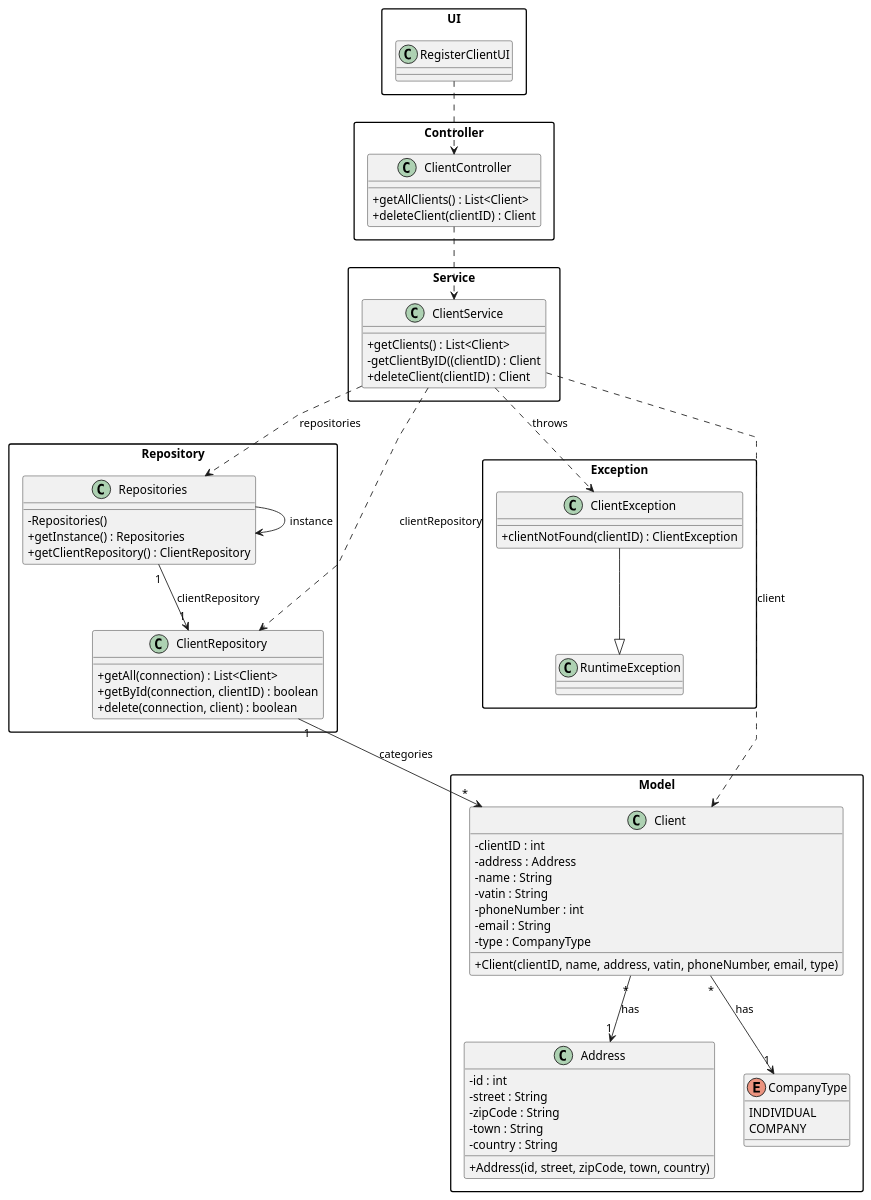
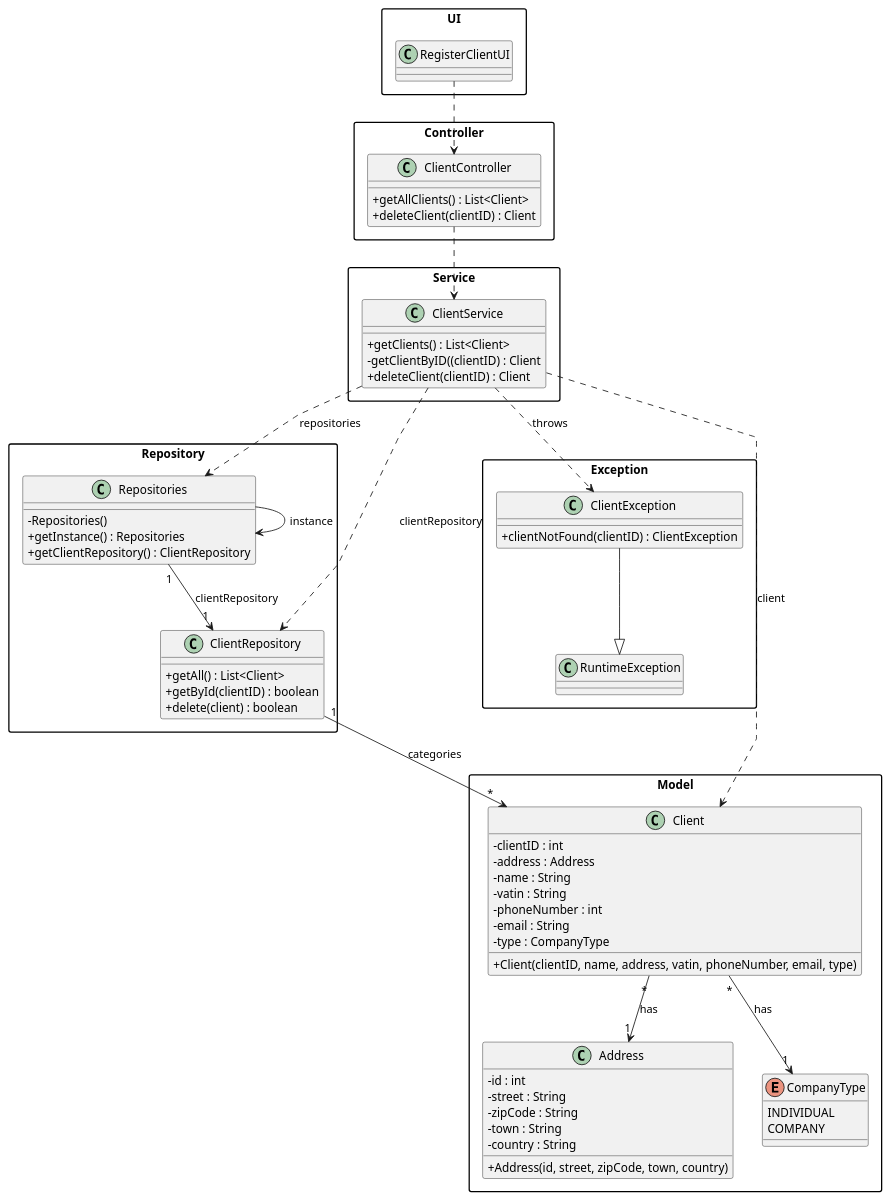
One commit to daniel41silva05/Production_Control_Industrial_ISEP changed the diagram in documentation/user-stories/us002/03.design/puml/us002-class-diagram.puml. Above: the diagram before and after it, drawn with PlantUML. The commit also changed 7 other files, not shown here.

```diff
--- a/documentation/user-stories/us002/03.design/puml/us002-class-diagram.puml
+++ b/documentation/user-stories/us002/03.design/puml/us002-class-diagram.puml
@@ -1,90 +1,90 @@
 @startuml
 skinparam packageStyle rectangle
 skinparam shadowing false
 skinparam linetype polyline
 skinparam classAttributeIconSize 0
 
 package "UI" {
     class RegisterClientUI {
     }
 }
 
 package "Controller" {
     class ClientController {
         +getAllClients() : List<Client>
         +deleteClient(clientID) : Client
     }
 }
 
 package "Service" {
     class ClientService {
         +getClients() : List<Client>
         -getClientByID((clientID) : Client
         +deleteClient(clientID) : Client
     }
 }
 
 package "Repository" {
     class Repositories {
         -Repositories()
         +getInstance() : Repositories
         +getClientRepository() : ClientRepository
     }
 
     class ClientRepository {
-        +getAll(connection) : List<Client>
-        +getById(connection, clientID) : boolean
-        +delete(connection, client) : boolean
+        +getAll() : List<Client>
+        +getById(clientID) : boolean
+        +delete(client) : boolean
     }
 }
 
 package "Model" {
     class Client {
         -clientID : int
         -address : Address
         -name : String
         -vatin : String
         -phoneNumber : int
         -email : String
         -type : CompanyType
         +Client(clientID, name, address, vatin, phoneNumber, email, type)
     }
 
     class Address {
         -id : int
         -street : String
         -zipCode : String
         -town : String
         -country : String
         +Address(id, street, zipCode, town, country)
     }
 
     enum CompanyType {
         INDIVIDUAL
         COMPANY
     }
 }
 
 package "Exception" {
     class ClientException {
         +clientNotFound(clientID) : ClientException
     }
 
     class RuntimeException
 }
 
 
 RegisterClientUI ..> ClientController
 ClientController ..> ClientService
 ClientService ..> Repositories : repositories
 ClientService ..> ClientRepository : clientRepository
 ClientService ..> Client : client
 Repositories --> Repositories : instance
 Repositories "1" --> "1" ClientRepository : clientRepository
 ClientRepository "1" --> "*" Client : categories
 Client "*" --> "1" Address : has
 Client "*" --> "1" CompanyType : has
 ClientService ..> ClientException : throws
 ClientException --|> RuntimeException
 
 @enduml
```
